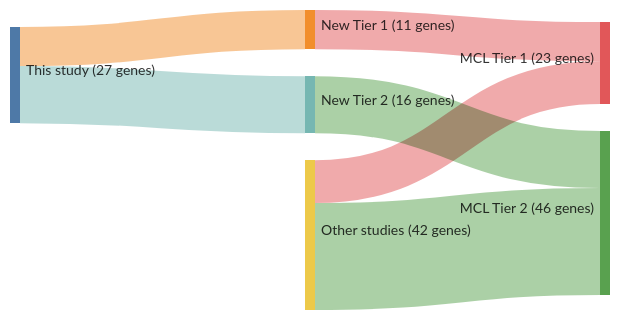
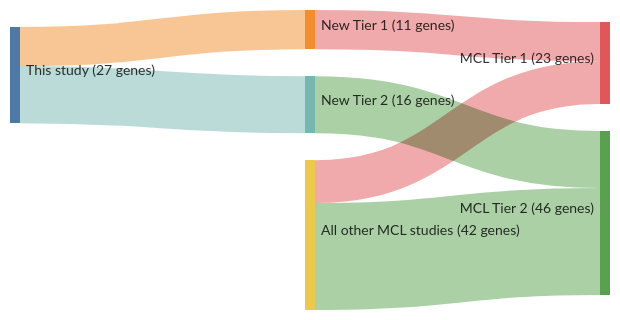
Before and after one commit to morinlab/lymphopedia: the diagram in papers/beaLandscapeSomaticMutations2013.md, drawn with Mermaid. The commit also changed 82 other files, not shown here.

````diff
--- a/papers/beaLandscapeSomaticMutations2013.md
+++ b/papers/beaLandscapeSomaticMutations2013.md
@@ -12,20 +12,20 @@
 ```mermaid
 ---
 config:
     sankey:
         showValues: true
         linkColor: target
         width: 600
         height: 300
         nodeAlignment: right
         prefix: '('
         suffix: ' genes)'
 ---
 sankey-beta
 This study, New Tier 1, 11
 New Tier 1, MCL Tier 1, 11
 This study, New Tier 2, 16
 New Tier 2, MCL Tier 2, 16
-Other studies, MCL Tier 1, 12
-Other studies, MCL Tier 2, 30
+All other MCL studies, MCL Tier 1, 12
+All other MCL studies, MCL Tier 2, 30
 ```
````
